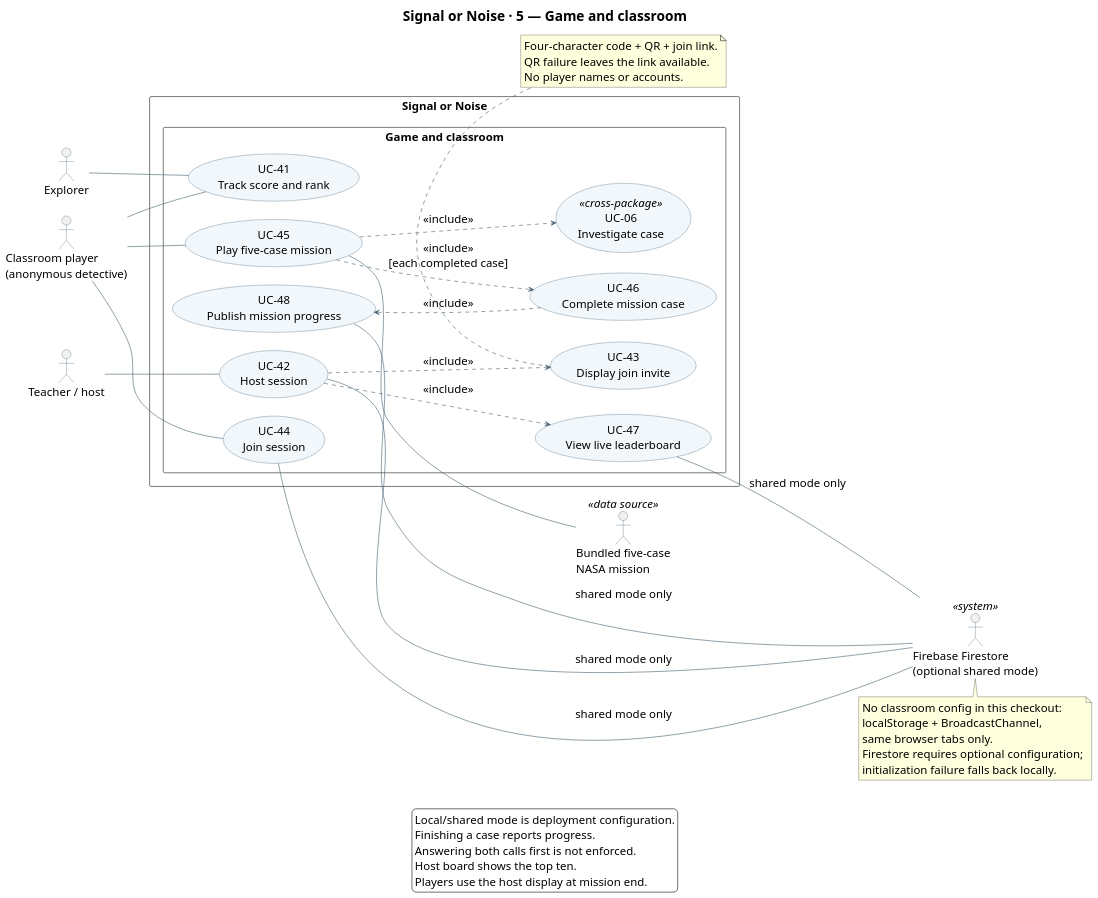
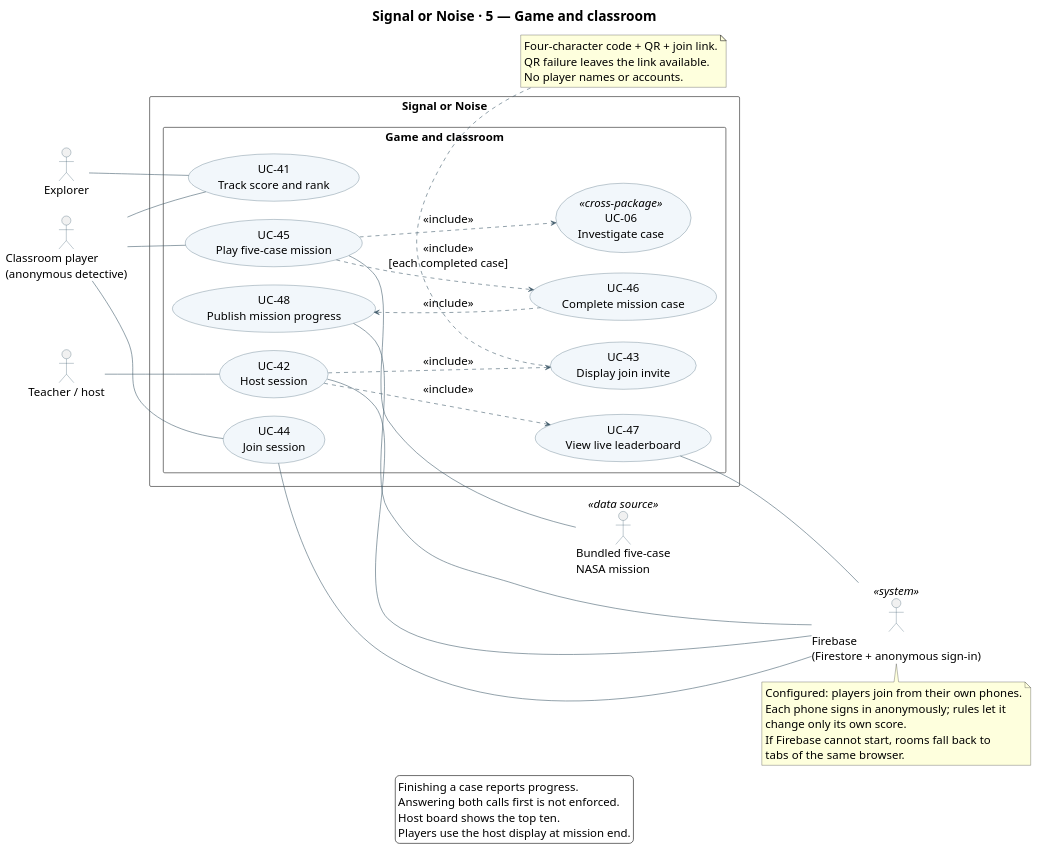
One commit to ThatGust/NASA-glaciers-2026-detective changed the diagram in docs/diagrams/05_game_classroom.puml. Above: the diagram before and after it, drawn with PlantUML. The commit also changed 10 other files, not shown here.

Commit message:
Diagramas de casos de uso: idiomas, pais inicial, panel de autor y aula con Firebase

```diff
--- a/docs/diagrams/05_game_classroom.puml
+++ b/docs/diagrams/05_game_classroom.puml
@@ -1,74 +1,73 @@
 @startuml
 left to right direction
 skinparam backgroundColor white
 skinparam shadowing false
 skinparam defaultFontName SansSerif
 skinparam defaultFontSize 20
 skinparam ActorStereotypeFontSize 20
 skinparam UsecaseStereotypeFontSize 20
 skinparam TitleFontSize 24
 skinparam ArrowFontSize 20
 skinparam NoteFontSize 20
 skinparam LegendFontSize 20
 skinparam packageStyle rectangle
 skinparam usecaseBackgroundColor #F2F7FB
 skinparam usecaseBorderColor #23475B
 skinparam actorBorderColor #23475B
 skinparam ArrowColor #405B6B
 skinparam nodesep 32
 skinparam ranksep 44
 title Signal or Noise · 5 — Game and classroom
 
 actor Explorer as E
 actor "Classroom player\n(anonymous detective)" as P
 actor "Teacher / host" as H
 actor "Bundled five-case\nNASA mission" as DATA <<data source>>
-actor "Firebase Firestore\n(optional shared mode)" as FB <<system>>
+actor "Firebase\n(Firestore + anonymous sign-in)" as FB <<system>>
 rectangle "Signal or Noise" {
   package "Game and classroom" {
     usecase "UC-41\nTrack score and rank" as U41
     usecase "UC-42\nHost session" as U42
     usecase "UC-43\nDisplay join invite" as U43
     usecase "UC-44\nJoin session" as U44
     usecase "UC-45\nPlay five-case mission" as U45
     usecase "UC-46\nComplete mission case" as U46
     usecase "UC-47\nView live leaderboard" as U47
     usecase "UC-48\nPublish mission progress" as U48
     usecase "UC-06\nInvestigate case" as U6 <<cross-package>>
   }
 }
 E -- U41
 P -- U41
 P -- U44
 P -- U45
 H -- U42
 U42 ..> U43 : <<include>>
 U42 ..> U47 : <<include>>
 U45 ..> U6 : <<include>>
 U45 ..> U46 : <<include>>\n[each completed case]
 U46 .up.> U48 : <<include>>
 U45 -- DATA
-U42 -- FB : shared mode only
-U44 -- FB : shared mode only
-U47 -- FB : shared mode only
-U48 -- FB : shared mode only
+U42 -- FB
+U44 -- FB
+U47 -- FB
+U48 -- FB
 note bottom of U43
   Four-character code + QR + join link.
   QR failure leaves the link available.
   No player names or accounts.
 end note
 note bottom of FB
-  No classroom config in this checkout:
-  localStorage + BroadcastChannel,
-  same browser tabs only.
-  Firestore requires optional configuration;
-  initialization failure falls back locally.
+  Configured: players join from their own phones.
+  Each phone signs in anonymously; rules let it
+  change only its own score.
+  If Firebase cannot start, rooms fall back to
+  tabs of the same browser.
 end note
 legend bottom
-  Local/shared mode is deployment configuration.
   Finishing a case reports progress.
   Answering both calls first is not enforced.
   Host board shows the top ten.
   Players use the host display at mission end.
 endlegend
 @enduml
```
